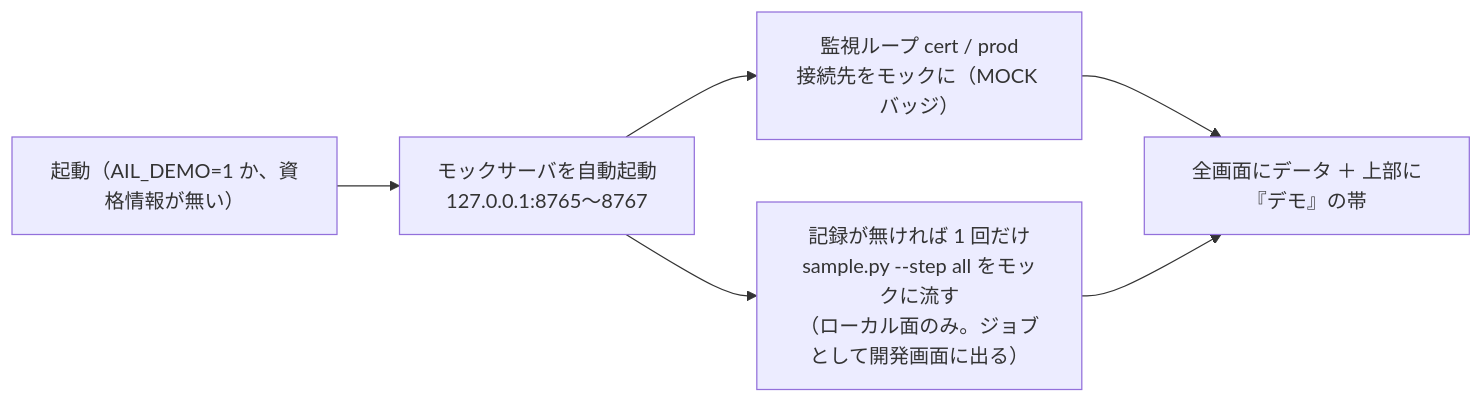
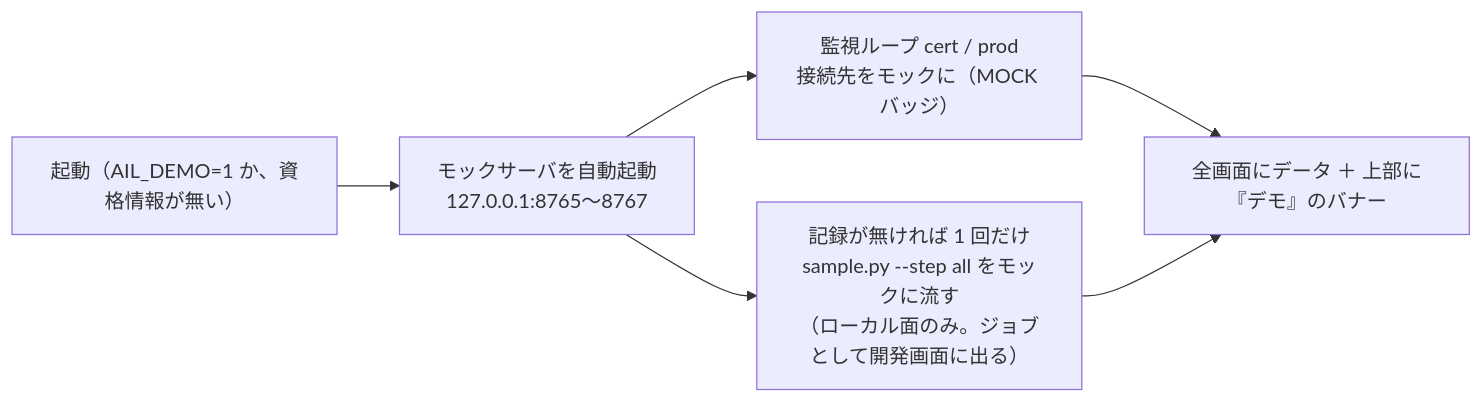
The third of 28 diagrams in docs/specs/dashboard.md (akiraak/ai-income-lab), drawn with Mermaid before and after one commit. The commit also changed other lines of this file and 45 other files, not shown here.

````diff
--- a/docs/specs/dashboard.md
+++ b/docs/specs/dashboard.md
@@ -141,7 +141,7 @@
 ```mermaid
 flowchart LR
   S["起動（AIL_DEMO=1 か、資格情報が無い）"] --> M["モックサーバを自動起動<br/>127.0.0.1:8765〜8767"]
   M --> MON["監視ループ cert / prod<br/>接続先をモックに（MOCK バッジ）"]
   M --> SEED["記録が無ければ 1 回だけ<br/>sample.py --step all をモックに流す<br/>（ローカル面のみ。ジョブとして開発画面に出る）"]
-  MON & SEED --> UI["全画面にデータ ＋ 上部に『デモ』の帯"]
+  MON & SEED --> UI["全画面にデータ ＋ 上部に『デモ』のバナー"]
 ```
````
